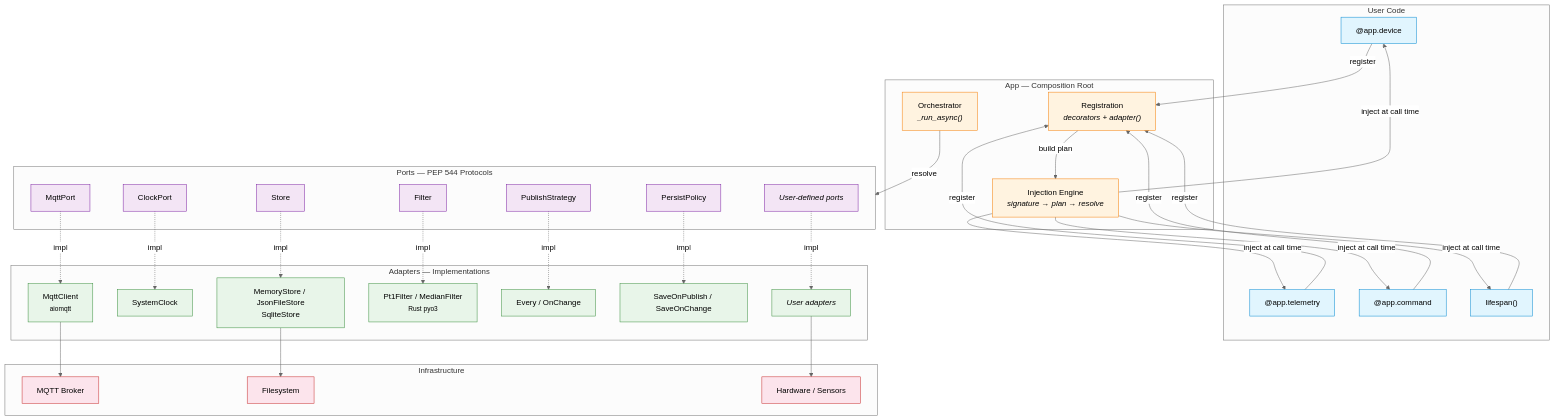
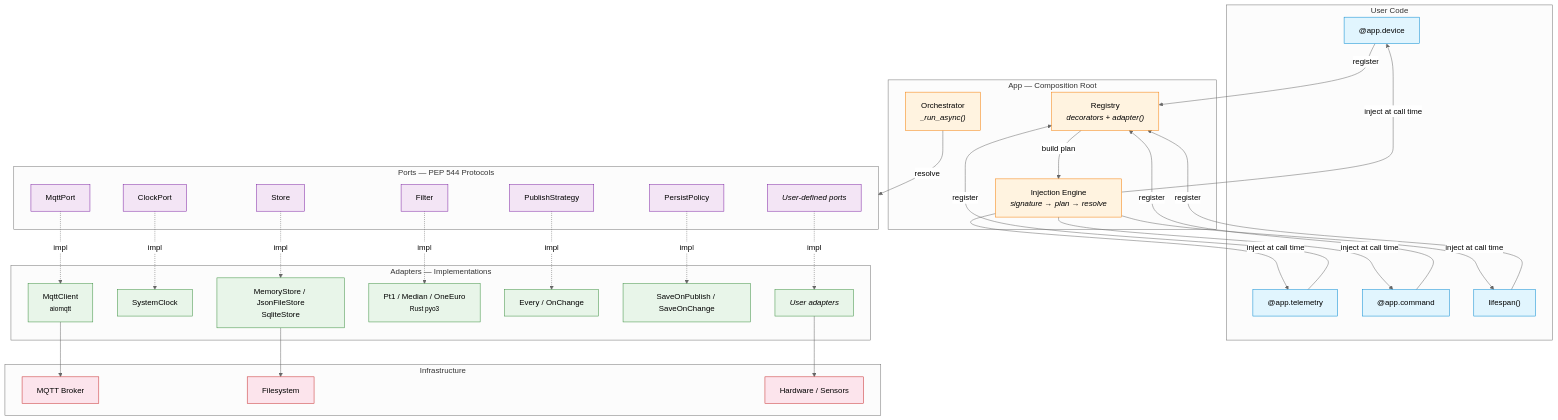
One commit to ff-fab/cosalette changed the first of 2 diagrams in docs/concepts/architecture.md. Above: the diagram before and after it, drawn with Mermaid (neutral theme). The commit also changed other lines of this file and 7 other files, not shown here.

First line of the commit message:
docs: address review — rename Registration→Wire, add OneEuroFilter, refine dependency rule

````diff
--- a/docs/concepts/architecture.md
+++ b/docs/concepts/architecture.md
@@ -13,70 +13,70 @@
 ```mermaid
 graph TB
     subgraph User["User Code"]
         dev["@app.device"]
         tel["@app.telemetry"]
         cmd["@app.command"]
         lifespan["lifespan()"]
     end
 
     subgraph App["App — Composition Root"]
-        reg["Registration<br/><i>decorators + adapter()</i>"]
+        reg["Registry<br/><i>decorators + adapter()</i>"]
         inj["Injection Engine<br/><i>signature → plan → resolve</i>"]
         orch["Orchestrator<br/><i>_run_async()</i>"]
     end
 
     subgraph Ports["Ports — PEP 544 Protocols"]
         mqtt_port["MqttPort"]
         clock_port["ClockPort"]
         store_port["Store"]
         filter_port["Filter"]
         strategy["PublishStrategy"]
         persist["PersistPolicy"]
         custom_port["<i>User-defined ports</i>"]
     end
 
     subgraph Adapters["Adapters — Implementations"]
         mqtt_client["MqttClient<br/><small>aiomqtt</small>"]
         sys_clock["SystemClock"]
         stores["MemoryStore / JsonFileStore<br/>SqliteStore"]
-        filters["Pt1Filter / MedianFilter<br/><small>Rust pyo3</small>"]
+        filters["Pt1 / Median / OneEuro<br/><small>Rust pyo3</small>"]
         strategies["Every / OnChange"]
         persists["SaveOnPublish / SaveOnChange"]
         custom_adapter["<i>User adapters</i>"]
     end
 
     subgraph Infra["Infrastructure"]
         broker["MQTT Broker"]
         fs["Filesystem"]
         hw["Hardware / Sensors"]
     end
 
     dev & tel & cmd & lifespan -->|"register"| reg
     reg -->|"build plan"| inj
     inj -->|"inject at call time"| dev & tel & cmd & lifespan
     orch -->|"resolve"| Ports
 
     mqtt_port -.->|"impl"| mqtt_client
     clock_port -.->|"impl"| sys_clock
     store_port -.->|"impl"| stores
     filter_port -.->|"impl"| filters
     strategy -.->|"impl"| strategies
     persist -.->|"impl"| persists
     custom_port -.->|"impl"| custom_adapter
 
     mqtt_client --> broker
     stores --> fs
     custom_adapter --> hw
 
     classDef userStyle fill:#e1f5fe,stroke:#0288d1
     classDef appStyle fill:#fff3e0,stroke:#f57c00
     classDef portStyle fill:#f3e5f5,stroke:#7b1fa2
     classDef adapterStyle fill:#e8f5e9,stroke:#388e3c
     classDef infraStyle fill:#fce4ec,stroke:#c62828
 
     class dev,tel,cmd,lifespan userStyle
     class reg,inj,orch appStyle
     class mqtt_port,clock_port,store_port,filter_port,strategy,persist,custom_port portStyle
     class mqtt_client,sys_clock,stores,filters,strategies,persists,custom_adapter adapterStyle
     class broker,fs,hw infraStyle
 ```
````
